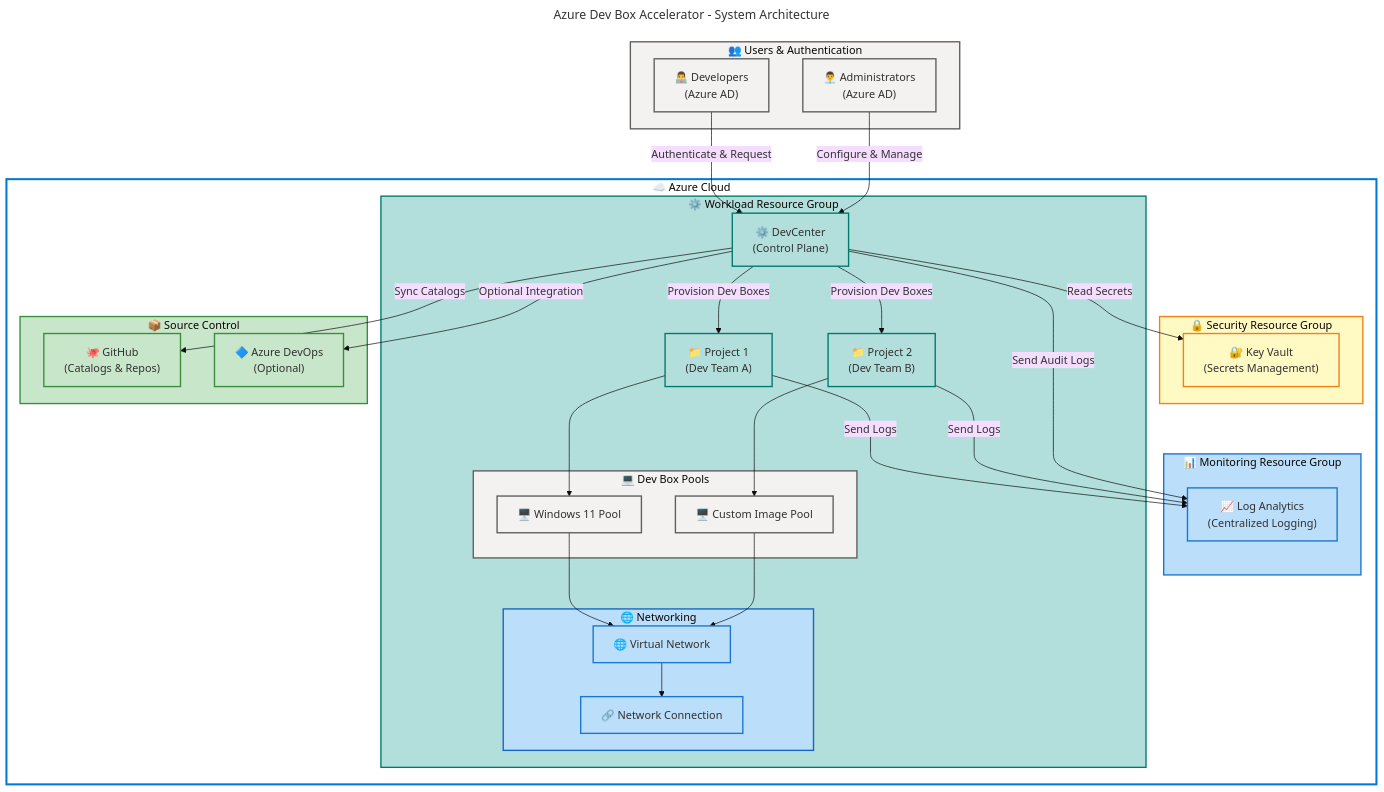
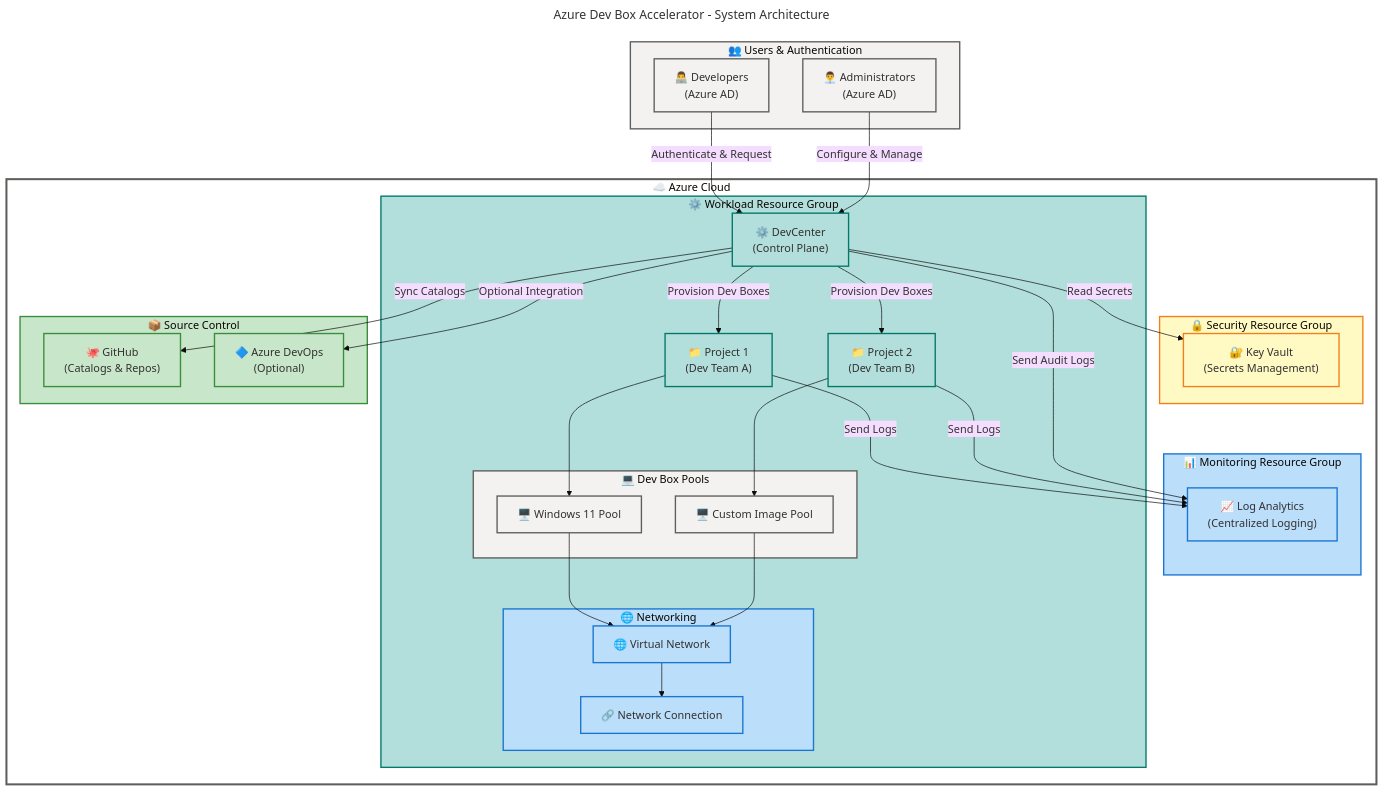
Before and after one commit to Evilazaro/DevExp-DevBox: the diagram in README.md, drawn with Mermaid.

Commit message:
fix: update styling for architecture diagram in README.md for improved visual consistency

```diff
--- a/README.md
+++ b/README.md
@@ -154,11 +154,11 @@
 
     %% Subgraph Styling (MRM-S001 compliant)
     style users fill:#F3F2F1,stroke:#605E5C,stroke-width:2px
-    style azureCloud fill:#FFFFFF,stroke:#0078D4,stroke-width:3px
+    style azureCloud fill:#FFFFFF,stroke:#605E5C,stroke-width:3px
     style securityRG fill:#FFF9C4,stroke:#F57F17,stroke-width:2px
     style monitoringRG fill:#BBDEFB,stroke:#1976D2,stroke-width:2px
     style workloadRG fill:#B2DFDB,stroke:#00796B,stroke-width:2px
-    style networking fill:#BBDEFB,stroke:#1565C0,stroke-width:2px
+    style networking fill:#BBDEFB,stroke:#1976D2,stroke-width:2px
     style pools fill:#F3F2F1,stroke:#605E5C,stroke-width:2px
     style scm fill:#C8E6C9,stroke:#388E3C,stroke-width:2px
 
```
